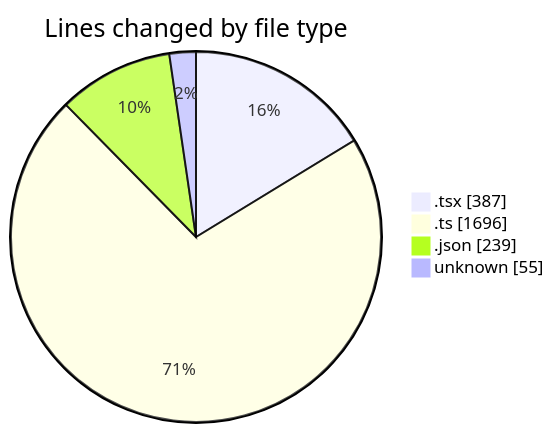
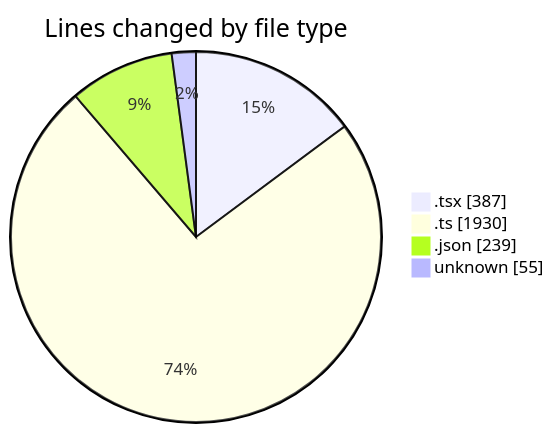
The first of 2 diagrams in 2025-10-21/cda/README.md (momahboobian/code-tracking), drawn with Mermaid before and after one commit. The commit also changed other lines of this file and 1 other file, not shown here.

````diff
--- a/2025-10-21/cda/README.md
+++ b/2025-10-21/cda/README.md
@@ -32,8 +32,8 @@
 ```mermaid
 pie showData
 title Lines changed by file type
 ".tsx" : 387
-".ts" : 1696
+".ts" : 1930
 ".json" : 239
 "unknown" : 55
 ```
````
